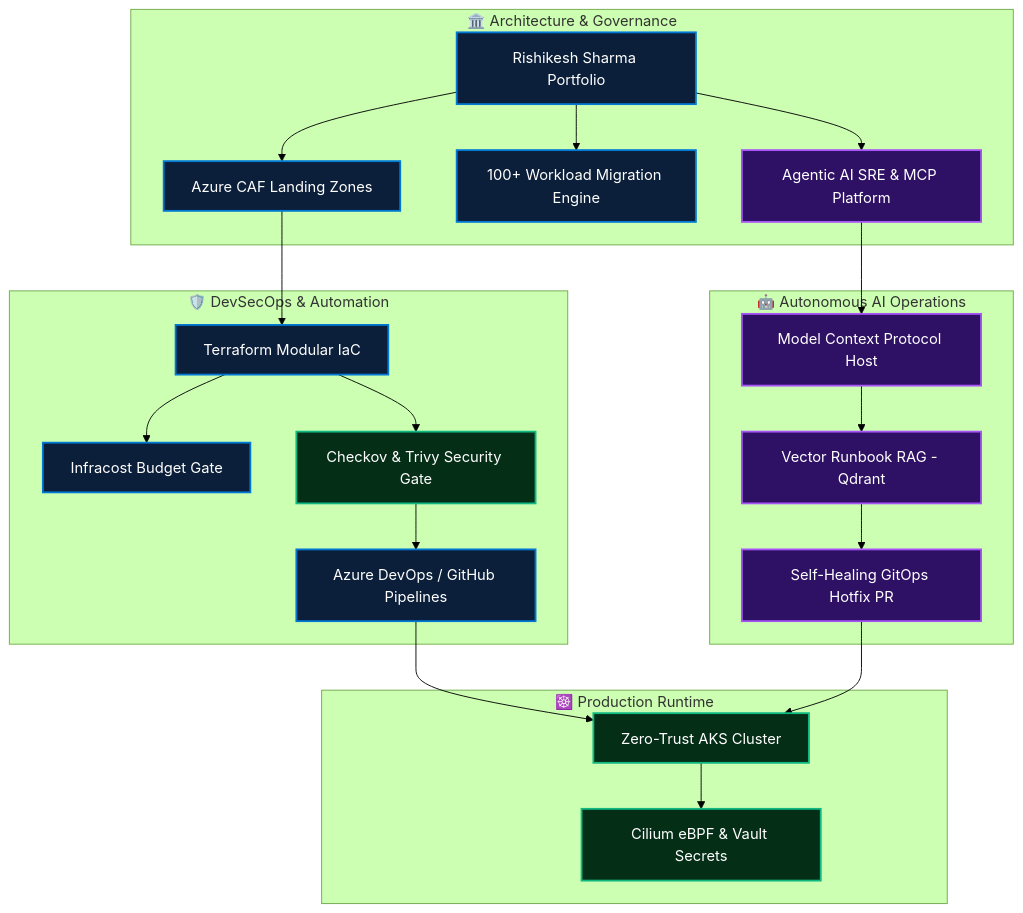
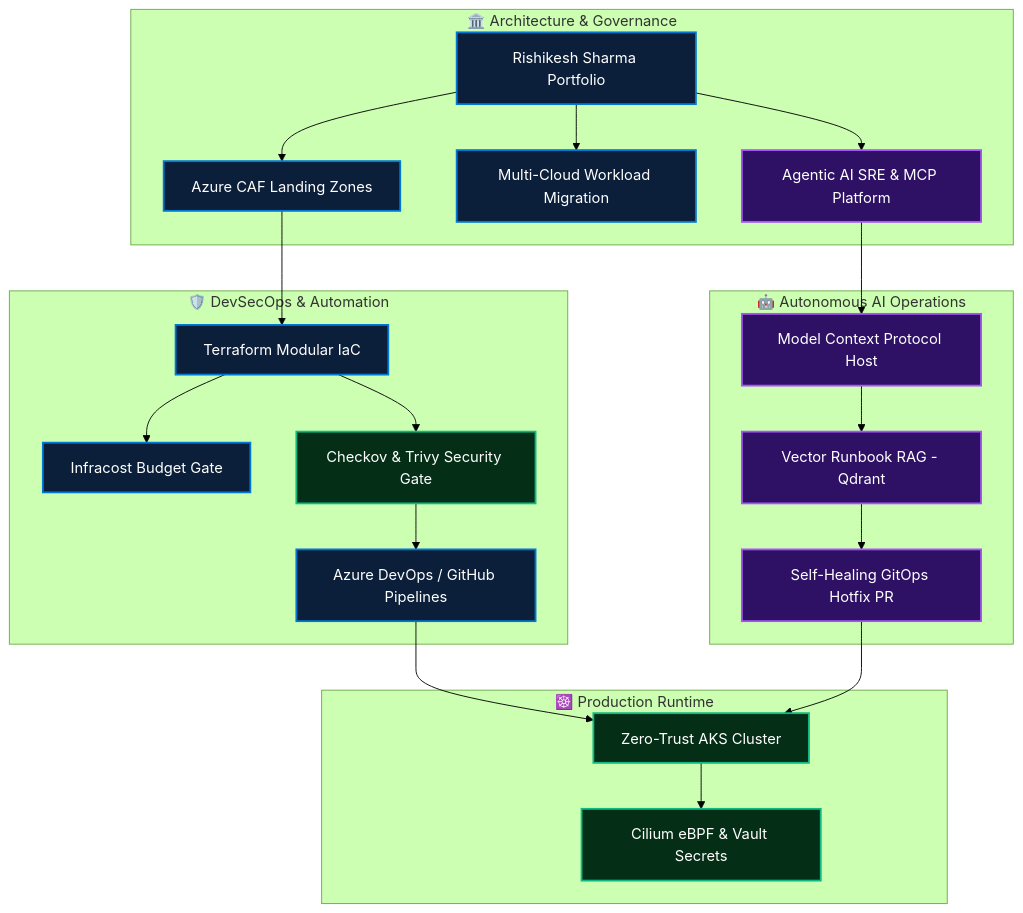
Before and after one commit to RisikeshSharma/RisikeshSharma: the diagram in README.md, drawn with Mermaid (forest theme). The commit also changed other lines of this file, not shown here.

````diff
--- a/README.md
+++ b/README.md
@@ -36,34 +36,34 @@
 ```mermaid
 flowchart TD
     subgraph Core["🏛️ Architecture & Governance"]
         A[Rishikesh Sharma Portfolio] --> B[Azure CAF Landing Zones]
-        A --> C[100+ Workload Migration Engine]
+        A --> C[Multi-Cloud Workload Migration]
         A --> D[Agentic AI SRE & MCP Platform]
     end
 
     subgraph DevSecOps["🛡️ DevSecOps & Automation"]
         B --> E[Terraform Modular IaC]
         E --> F[Infracost Budget Gate]
         E --> G[Checkov & Trivy Security Gate]
         G --> H[Azure DevOps / GitHub Pipelines]
     end
 
     subgraph AI["🤖 Autonomous AI Operations"]
         D --> I[Model Context Protocol Host]
         I --> J[Vector Runbook RAG - Qdrant]
         J --> K[Self-Healing GitOps Hotfix PR]
     end
 
     subgraph Runtime["☸️ Production Runtime"]
         H --> L[Zero-Trust AKS Cluster]
         K --> L
         L --> M[Cilium eBPF & Vault Secrets]
     end
 
     classDef blue fill:#0B1F3A,stroke:#0078D4,stroke-width:2px,color:#fff;
     classDef green fill:#052e16,stroke:#10b981,stroke-width:2px,color:#fff;
     classDef purple fill:#2e1065,stroke:#a855f7,stroke-width:2px,color:#fff;
     class A,B,C,E,F,H blue;
     class G,L,M green;
     class D,I,J,K purple;
 ```
````
